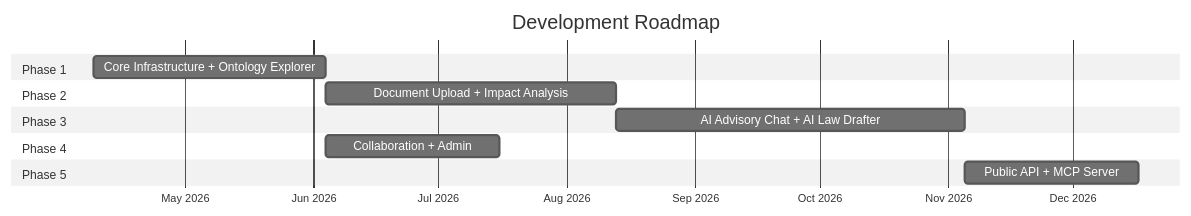
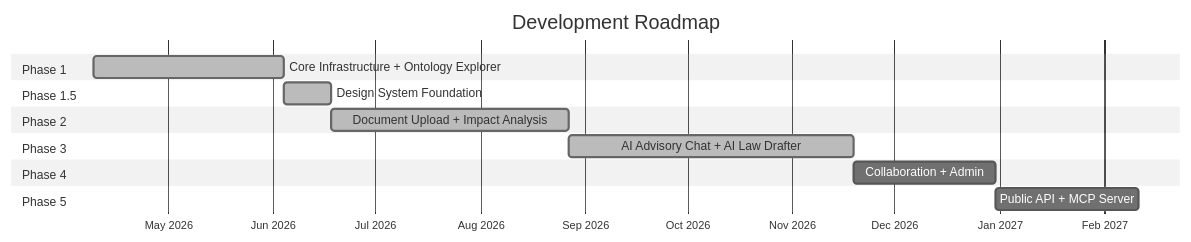
Before and after one commit to henrikaavik/Seadusloome: the sixth of 6 diagrams in README.md, drawn with Mermaid (neutral theme). The commit also changed other lines of this file and 12 other files, not shown here.

````diff
--- a/README.md
+++ b/README.md
@@ -404,21 +429,24 @@
 ```mermaid
 gantt
     title Development Roadmap
     dateFormat YYYY-MM-DD
     axisFormat %b %Y
 
     section Phase 1
-    Core Infrastructure + Ontology Explorer :p1, 2026-04-09, 8w
+    Core Infrastructure + Ontology Explorer :done, p1, 2026-04-09, 8w
+
+    section Phase 1.5
+    Design System Foundation               :done, p15, after p1, 2w
 
     section Phase 2
-    Document Upload + Impact Analysis      :p2, after p1, 10w
+    Document Upload + Impact Analysis      :done, p2, after p15, 10w
 
     section Phase 3
-    AI Advisory Chat + AI Law Drafter      :p3, after p2, 12w
+    AI Advisory Chat + AI Law Drafter      :done, p3, after p2, 12w
 
     section Phase 4
-    Collaboration + Admin                  :p4, after p1, 6w
+    Collaboration + Admin                  :p4, after p3, 6w
 
     section Phase 5
-    Public API + MCP Server                :p5, after p3, 6w
+    Public API + MCP Server                :p5, after p4, 6w
 ```
````
